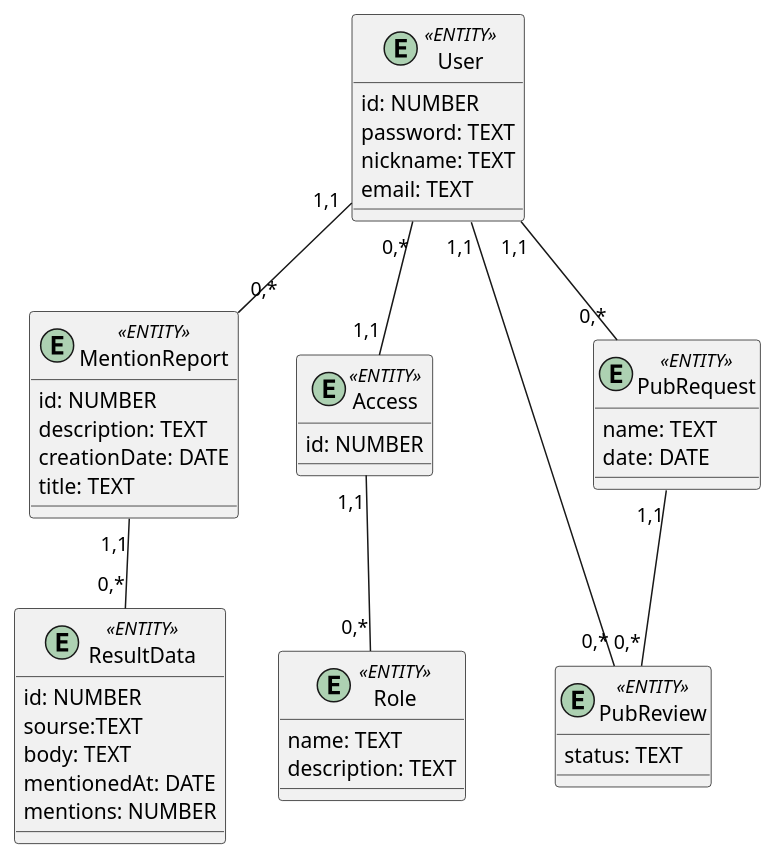
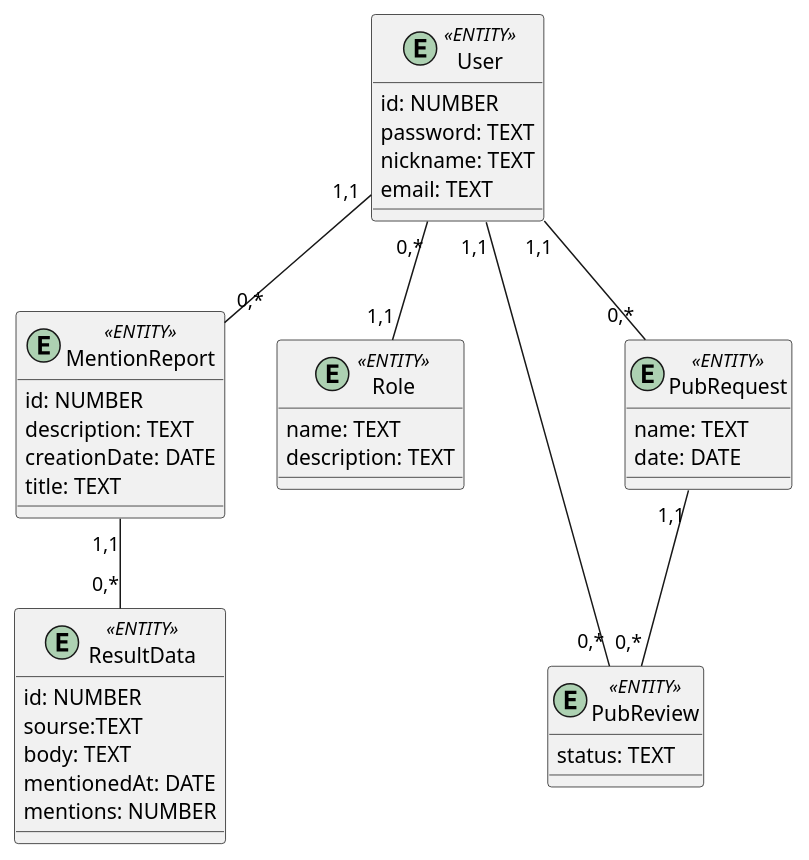
One commit to bifynok/Media-content-analysis-system_DB changed the second of 2 diagrams in docs/design/README.md. Above: the diagram before and after it, drawn with PlantUML.

Commit message:
Update ER-Model

```diff
--- a/docs/design/README.md
+++ b/docs/design/README.md
@@ -79,51 +79,47 @@
 @startuml
   
 entity ResultData <<ENTITY>> {
     id: NUMBER
     sourse:TEXT
     body: TEXT
     mentionedAt: DATE
     mentions: NUMBER
 }
 
 entity MentionReport <<ENTITY>> {
     id: NUMBER
     description: TEXT
     creationDate: DATE
     title: TEXT
 }
 
 entity User <<ENTITY>> {
     id: NUMBER
     password: TEXT
     nickname: TEXT
     email: TEXT
 }
 
 entity Role <<ENTITY>> {
     name: TEXT
     description: TEXT
 }
 
-entity Access <<ENTITY>> {
-    id: NUMBER
-}
 
 entity PubReview <<ENTITY>> {
     status: TEXT
 }
 
 entity PubRequest <<ENTITY>> {
 name: TEXT
 date: DATE
 }
 
 MentionReport "1,1"--"0,*" ResultData
 User "1,1"--"0,*" PubReview
 PubRequest "1,1"--"0,*" PubReview
 User "1,1"--"0,*" PubRequest
 User "1,1"--"0,*" MentionReport
-User "0,*"--"1,1" Access
-Access "1,1"--"0,*" Role
+User "0,*"--"1,1" Role
 
 @enduml
```
